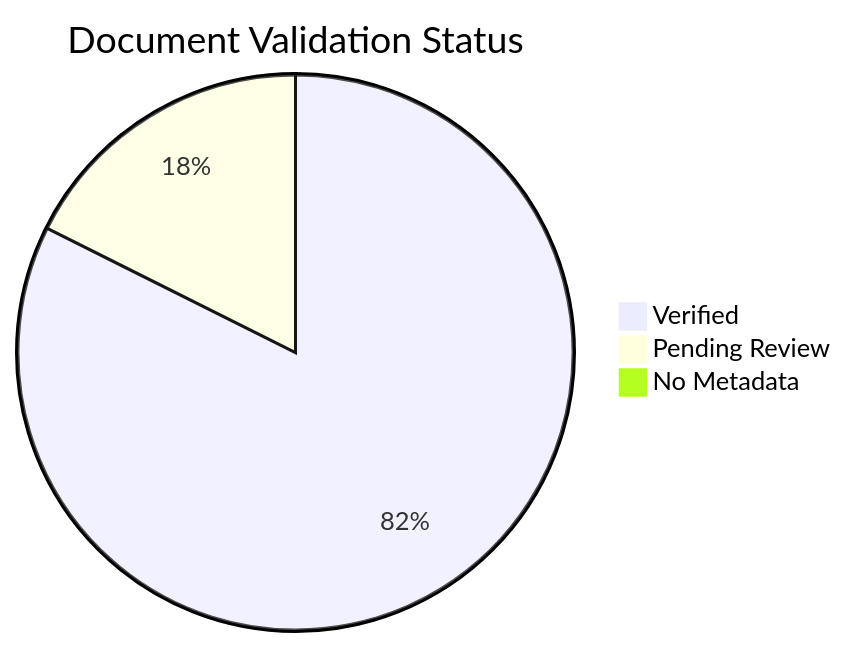
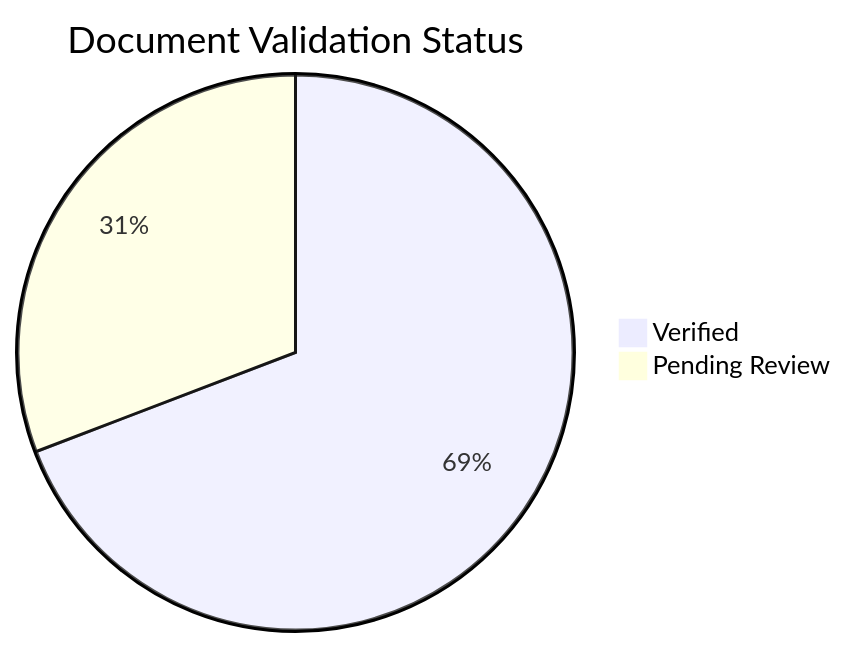
Before and after one commit to yeongseon/azure-container-apps-practical-guide: the diagram in docs/reference/content-validation-status.md, drawn with Mermaid. The commit also changed other lines of this file and 351 other files, not shown here.

````diff
--- a/docs/reference/content-validation-status.md
+++ b/docs/reference/content-validation-status.md
@@ -35,6 +39,5 @@
 ```mermaid
 pie title Document Validation Status
-    "Verified" : 173
-    "Pending Review" : 37
-    "No Metadata" : 1
+    "Verified" : 146
+    "Pending Review" : 65
 ```
````
